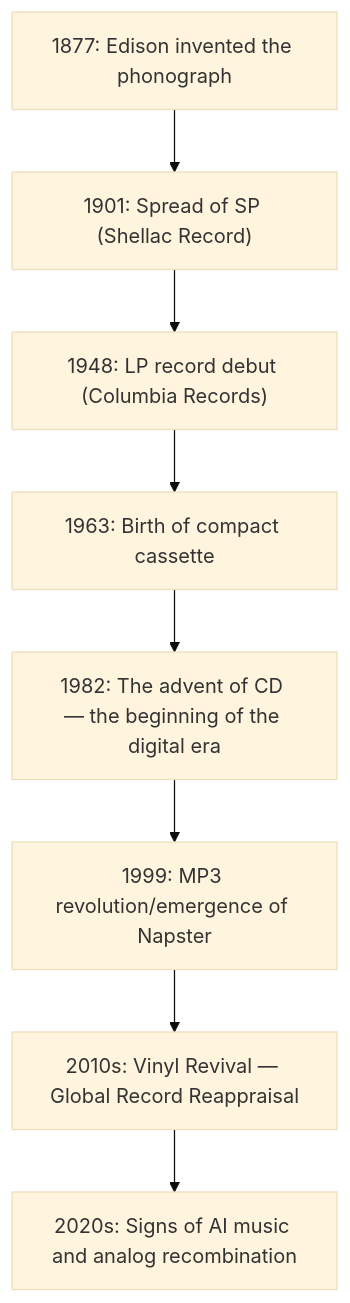
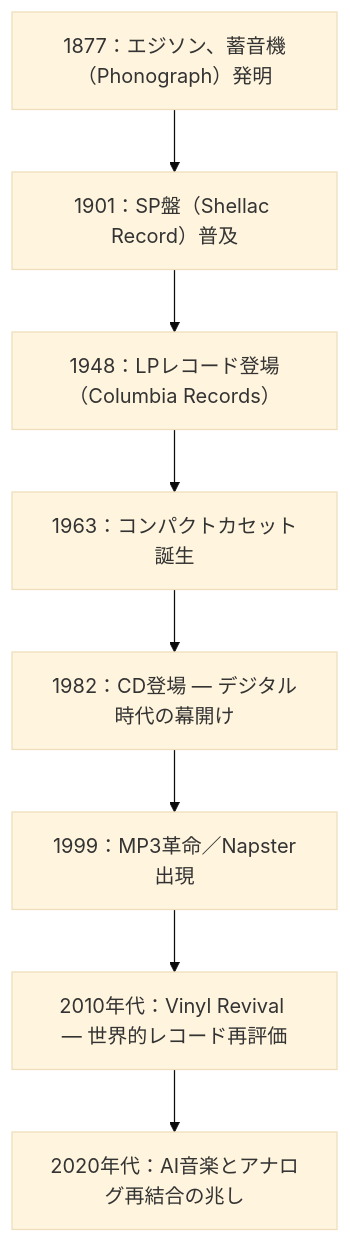
Before and after one commit to monumental-movement/monumental-movement.github.io: the diagram in en/_posts/2025-10-22-column-why-we-buy-vinyl.md, drawn with Mermaid (base theme). The commit also changed other lines of this file and 1724 other files, not shown here.

```diff
--- a/en/_posts/2025-10-22-column-why-we-buy-vinyl.md
+++ b/en/_posts/2025-10-22-column-why-we-buy-vinyl.md
@@ -159,12 +157,12 @@
 <div class="mermaid">
 
 flowchart TD
-A1877["1877: Edison invented the phonograph"] --> A1901["1901: Spread of SP (Shellac Record)"]
-A1901 --> A1948["1948: LP record debut (Columbia Records)"]
-A1948 --> A1963["1963: Birth of compact cassette"]
-A1963 --> A1982["1982: The advent of CD — the beginning of the digital era"]
-A1982 --> A1999["1999: MP3 revolution/emergence of Napster"]
-A1999 --> A2010["2010s: Vinyl Revival — Global Record Reappraisal"]
-A2010 --> A2020["2020s: Signs of AI music and analog recombination"]
+    A1877["1877：エジソン、蓄音機（Phonograph）発明"] --> A1901["1901：SP盤（Shellac Record）普及"]
+    A1901 --> A1948["1948：LPレコード登場（Columbia Records）"]
+    A1948 --> A1963["1963：コンパクトカセット誕生"]
+    A1963 --> A1982["1982：CD登場 — デジタル時代の幕開け"]
+    A1982 --> A1999["1999：MP3革命／Napster出現"]
+    A1999 --> A2010["2010年代：Vinyl Revival — 世界的レコード再評価"]
+    A2010 --> A2020["2020年代：AI音楽とアナログ再結合の兆し"]
 
 </div>
```
